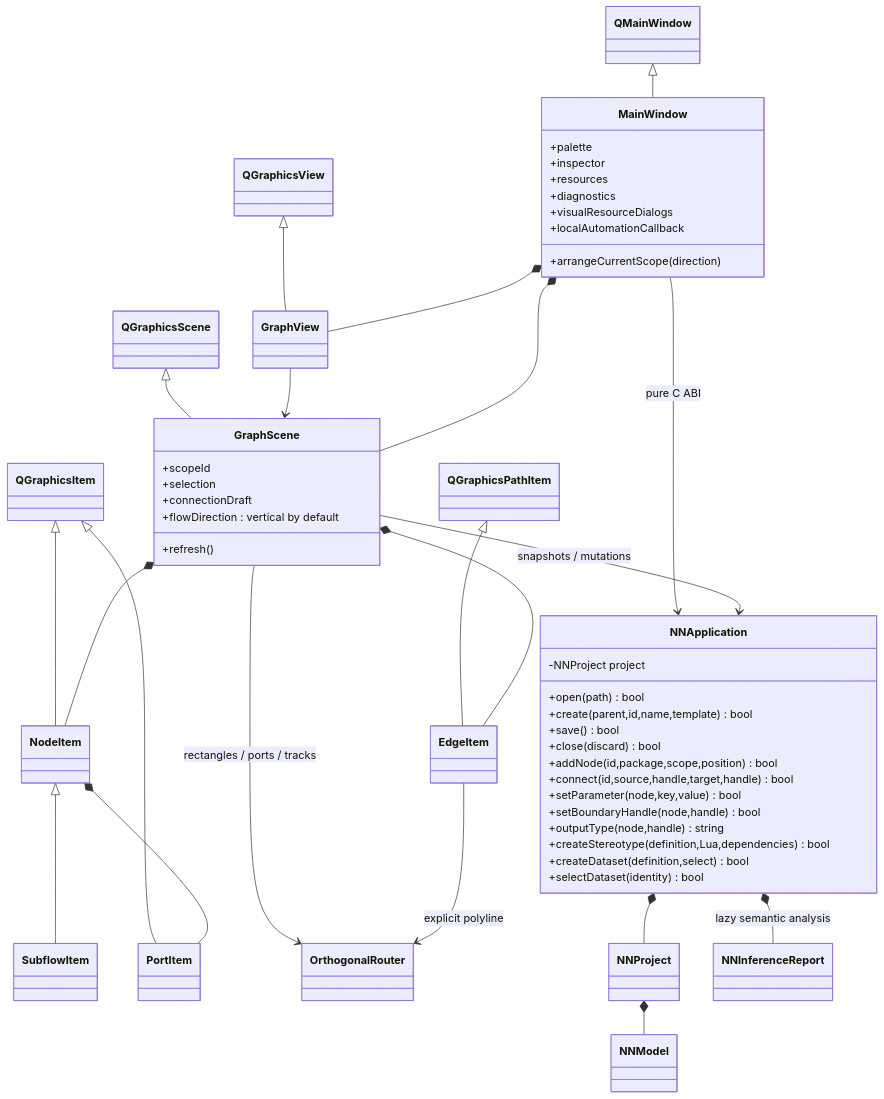
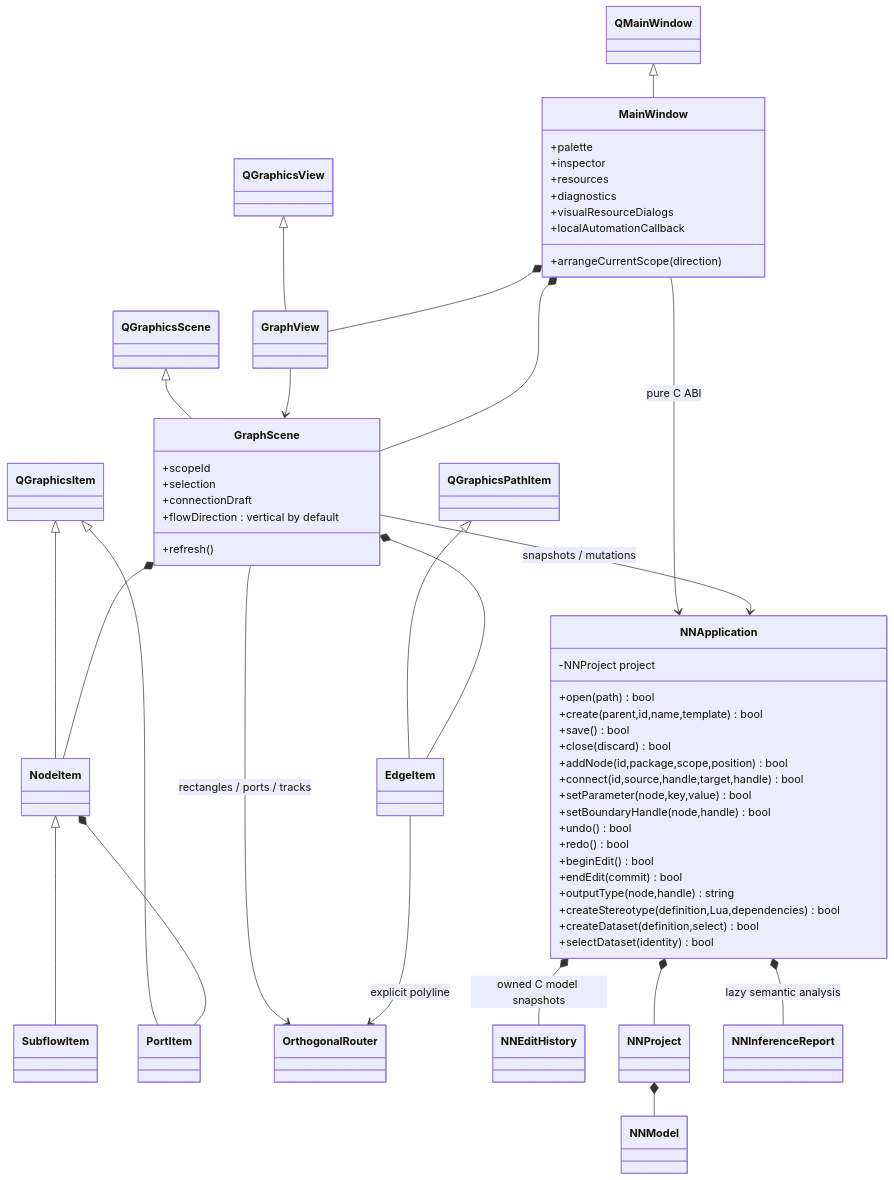
The diagram in docs/knowledge/uml/editor.md (LucaSforza/nnmodelling-ui), drawn with Mermaid before and after one commit. The commit also changed other lines of this file and 4 other files, not shown here.

Commit message:
docs: accept graph edit history and centered preview layout

````diff
--- a/docs/knowledge/uml/editor.md
+++ b/docs/knowledge/uml/editor.md
@@ -8,54 +8,59 @@
 ```mermaid
 classDiagram
     class NNApplication {
       -NNProject project
       +open(path) bool
       +create(parent,id,name,template) bool
       +save() bool
       +close(discard) bool
       +addNode(id,package,scope,position) bool
       +connect(id,source,handle,target,handle) bool
       +setParameter(node,key,value) bool
       +setBoundaryHandle(node,handle) bool
+      +undo() bool
+      +redo() bool
+      +beginEdit() bool
+      +endEdit(commit) bool
       +outputType(node,handle) string
       +createStereotype(definition,Lua,dependencies) bool
       +createDataset(definition,select) bool
       +selectDataset(identity) bool
     }
     class MainWindow {
       +palette
       +inspector
       +resources
       +diagnostics
       +visualResourceDialogs
       +localAutomationCallback
       +arrangeCurrentScope(direction)
     }
     class GraphScene {
       +scopeId
       +selection
       +connectionDraft
       +flowDirection : vertical by default
       +refresh()
     }
     MainWindow --> NNApplication : pure C ABI
     QMainWindow <|-- MainWindow
     QGraphicsView <|-- GraphView
     QGraphicsScene <|-- GraphScene
     QGraphicsItem <|-- NodeItem
     NodeItem <|-- SubflowItem
     QGraphicsItem <|-- PortItem
     QGraphicsPathItem <|-- EdgeItem
     MainWindow *-- GraphView
     GraphView --> GraphScene
     GraphScene *-- NodeItem
     GraphScene *-- EdgeItem
     GraphScene --> OrthogonalRouter : rectangles / ports / tracks
     EdgeItem --> OrthogonalRouter : explicit polyline
     NodeItem *-- PortItem
     MainWindow *-- GraphScene
     GraphScene --> NNApplication : snapshots / mutations
+    NNApplication *-- NNEditHistory : owned C model snapshots
     NNApplication *-- NNProject
     NNProject *-- NNModel
     NNApplication *-- NNInferenceReport : lazy semantic analysis
 ```
````
